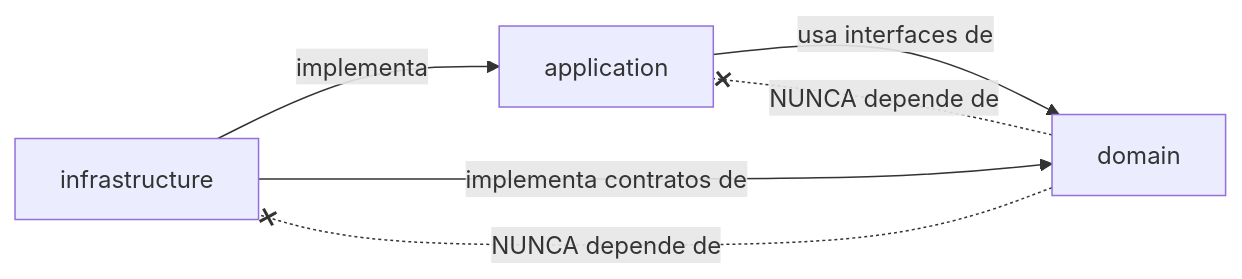
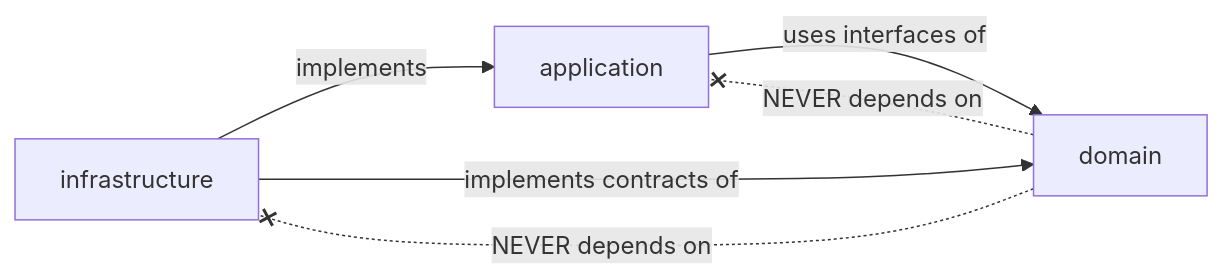
One commit to alexpicode/caosmos changed the second of 5 diagrams in docs/ARCHITECTURE.md. Above: the diagram before and after it, drawn with Mermaid. The commit also changed other lines of this file and 3 other files, not shown here.

````diff
--- a/docs/ARCHITECTURE.md
+++ b/docs/ARCHITECTURE.md
@@ -77,8 +79,8 @@
 ```mermaid
 graph LR
-    INFRA["infrastructure"] -->|implementa| APP["application"]
-    APP -->|usa interfaces de| DOM["domain"]
-    INFRA -->|implementa contratos de| DOM
-    DOM -.-x|NUNCA depende de| INFRA
-    DOM -.-x|NUNCA depende de| APP
+    INFRA["infrastructure"] -->|implements| APP["application"]
+    APP -->|uses interfaces of| DOM["domain"]
+    INFRA -->|implements contracts of| DOM
+    DOM -.-x|NEVER depends on| INFRA
+    DOM -.-x|NEVER depends on| APP
 ```
````
